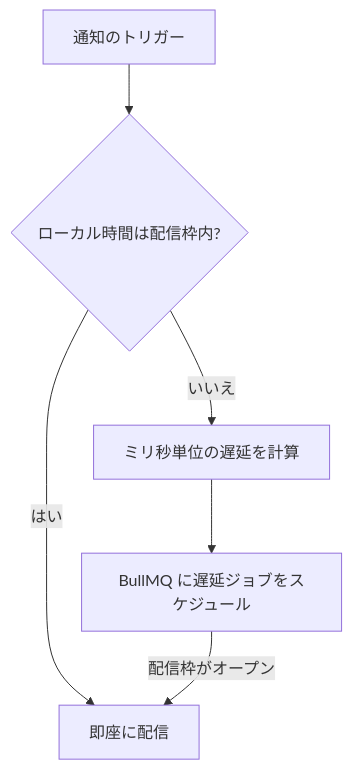
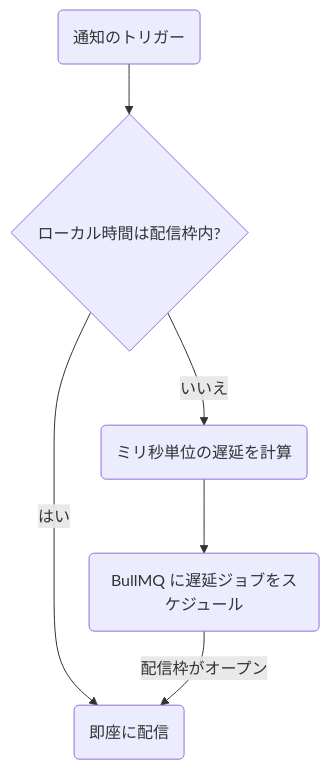
One commit to KriyanshKhunt/nexus_docs changed the diagram in content/docs/ja/platform/features/delivery-windows.mdx. Above: the diagram before and after it, drawn with Mermaid. The commit also changed 20 other files, not shown here.

Commit message:
Handle ja Mermaid charts

````diff
--- a/content/docs/ja/platform/features/delivery-windows.mdx
+++ b/content/docs/ja/platform/features/delivery-windows.mdx
@@ -8,8 +8,8 @@
 ```mermaid
 flowchart TD
-  Trigger[通知のトリガー] --> Check{ローカル時間は配信枠内?}
-  Check -->|はい| Deliver[即座に配信]
-  Check -->|いいえ| Delay[ミリ秒単位の遅延を計算]
-  Delay --> Queue[BullMQ に遅延ジョブをスケジュール]
+  Trigger(通知のトリガー) --> Check{ローカル時間は配信枠内?}
+  Check -->|はい| Deliver(即座に配信)
+  Check -->|いいえ| Delay(ミリ秒単位の遅延を計算)
+  Delay --> Queue(BullMQ に遅延ジョブをスケジュール)
   Queue -->|配信枠がオープン| Deliver
 ```
````
